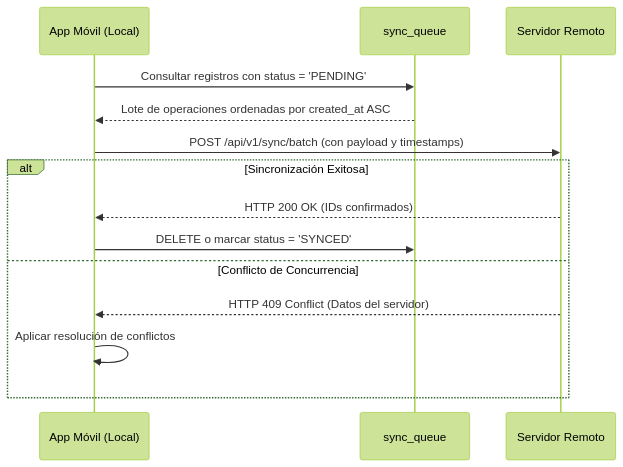
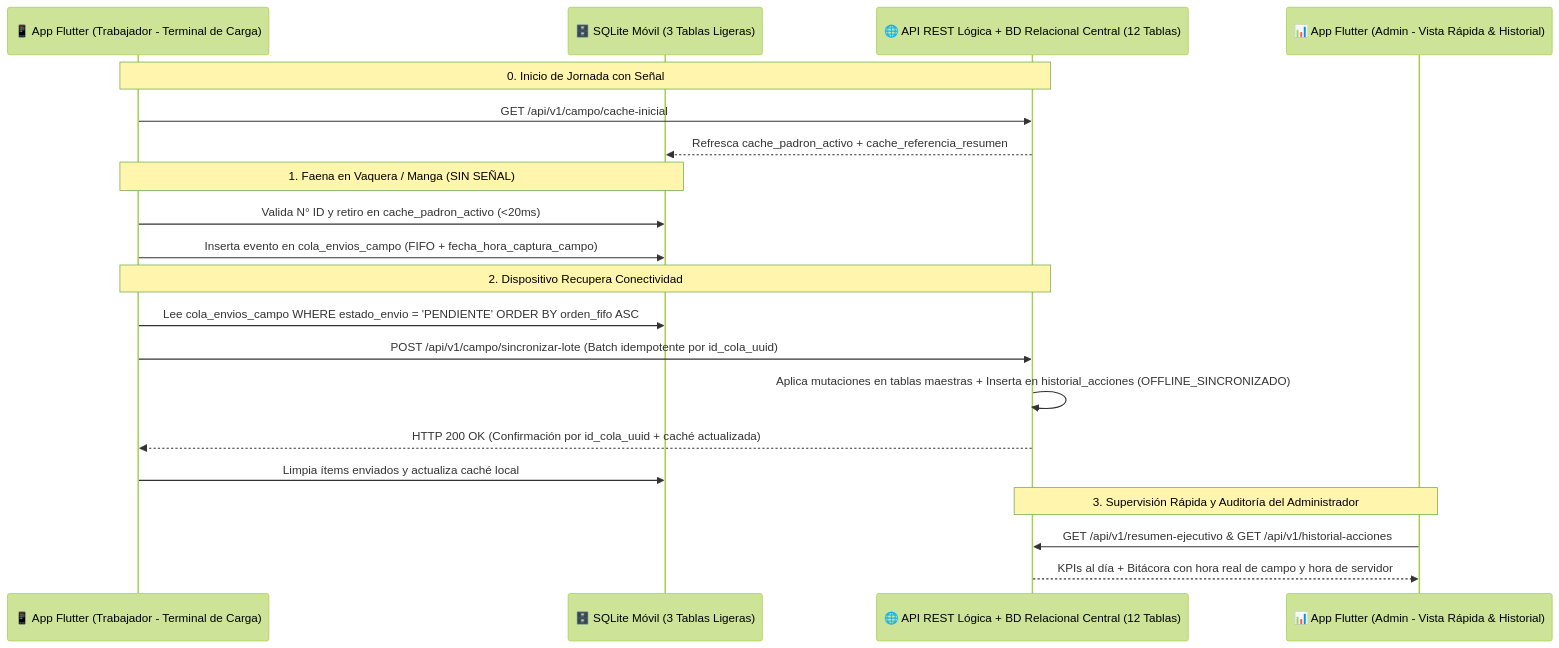
Before and after one commit to johandmaldonadop/FincaControl: the diagram in agentes/skills/fincacontrol-offline-sync/SKILL.md, drawn with Mermaid (forest theme). The commit also changed other lines of this file and 33 other files, not shown here.

````diff
--- a/agentes/skills/fincacontrol-offline-sync/SKILL.md
+++ b/agentes/skills/fincacontrol-offline-sync/SKILL.md
@@ -47,17 +41,26 @@
 ```mermaid
 sequenceDiagram
-    participant App as App Móvil (Local)
-    participant Queue as sync_queue
-    participant API as Servidor Remoto
-    
-    App->>Queue: Consultar registros con status = 'PENDING'
-    Queue-->>App: Lote de operaciones ordenadas por created_at ASC
-    App->>API: POST /api/v1/sync/batch (con payload y timestamps)
-    alt Sincronización Exitosa
-        API-->>App: HTTP 200 OK (IDs confirmados)
-        App->>Queue: DELETE o marcar status = 'SYNCED'
-    else Conflicto de Concurrencia
-        API-->>App: HTTP 409 Conflict (Datos del servidor)
-        App->>App: Aplicar resolución de conflictos
-    end
+    participant Op as 📱 App Flutter (Trabajador - Terminal de Carga)
+    participant SQLite as 🗄️ SQLite Móvil (3 Tablas Ligeras)
+    participant API as 🌐 API REST Lógica + BD Relacional Central (12 Tablas)
+    participant Adm as 📊 App Flutter (Admin - Vista Rápida & Historial)
+
+    Note over Op,API: 0. Inicio de Jornada con Señal
+    Op->>API: GET /api/v1/campo/cache-inicial
+    API-->>SQLite: Refresca cache_padron_activo + cache_referencia_resumen
+
+    Note over Op,SQLite: 1. Faena en Vaquera / Manga (SIN SEÑAL)
+    Op->>SQLite: Valida N° ID y retiro en cache_padron_activo (<20ms)
+    Op->>SQLite: Inserta evento en cola_envios_campo (FIFO + fecha_hora_captura_campo)
+
+    Note over Op,API: 2. Dispositivo Recupera Conectividad
+    Op->>SQLite: Lee cola_envios_campo WHERE estado_envio = 'PENDIENTE' ORDER BY orden_fifo ASC
+    Op->>API: POST /api/v1/campo/sincronizar-lote (Batch idempotente por id_cola_uuid)
+    API->>API: Aplica mutaciones en tablas maestras + Inserta en historial_acciones (OFFLINE_SINCRONIZADO)
+    API-->>Op: HTTP 200 OK (Confirmación por id_cola_uuid + caché actualizada)
+    Op->>SQLite: Limpia ítems enviados y actualiza caché local
+
+    Note over API,Adm: 3. Supervisión Rápida y Auditoría del Administrador
+    Adm->>API: GET /api/v1/resumen-ejecutivo & GET /api/v1/historial-acciones
+    API-->>Adm: KPIs al día + Bitácora con hora real de campo y hora de servidor
 ```
````
